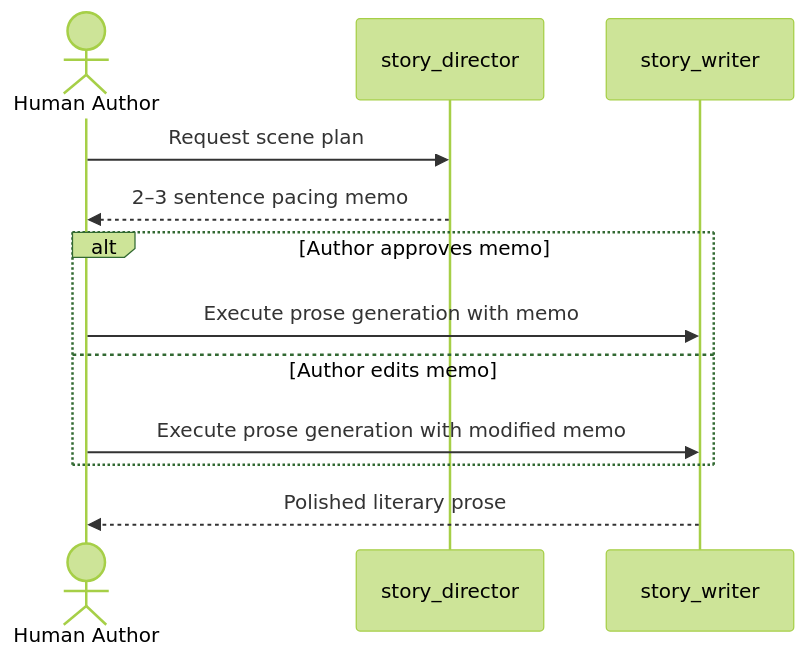
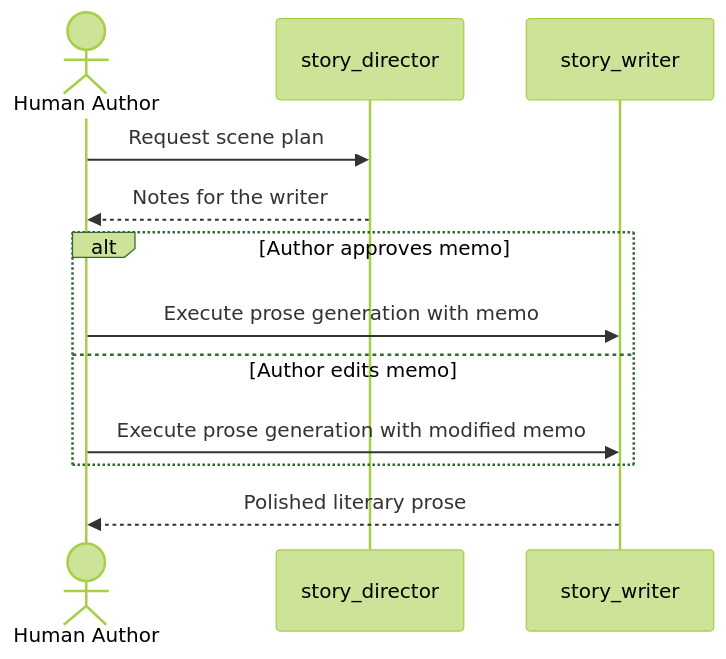
The fourth of 4 diagrams in .agents/skills/story-copilot/references/story-workflow-graph.md (tangcc35/slm-vlm-post-training), drawn with Mermaid (forest theme) before and after one commit. The commit also changed other lines of this file and 23 other files, not shown here.

````diff
--- a/.agents/skills/story-copilot/references/story-workflow-graph.md
+++ b/.agents/skills/story-copilot/references/story-workflow-graph.md
@@ -226,15 +207,15 @@
 ```mermaid
 sequenceDiagram
     actor Author as Human Author
     participant Director as story_director
     participant Writer as story_writer
 
     Author->>Director: Request scene plan
-    Director-->>Author: 2–3 sentence pacing memo
+    Director-->>Author: Notes for the writer
     alt Author approves memo
         Author->>Writer: Execute prose generation with memo
     else Author edits memo
         Author->>Writer: Execute prose generation with modified memo
     end
     Writer-->>Author: Polished literary prose
 ```
````
